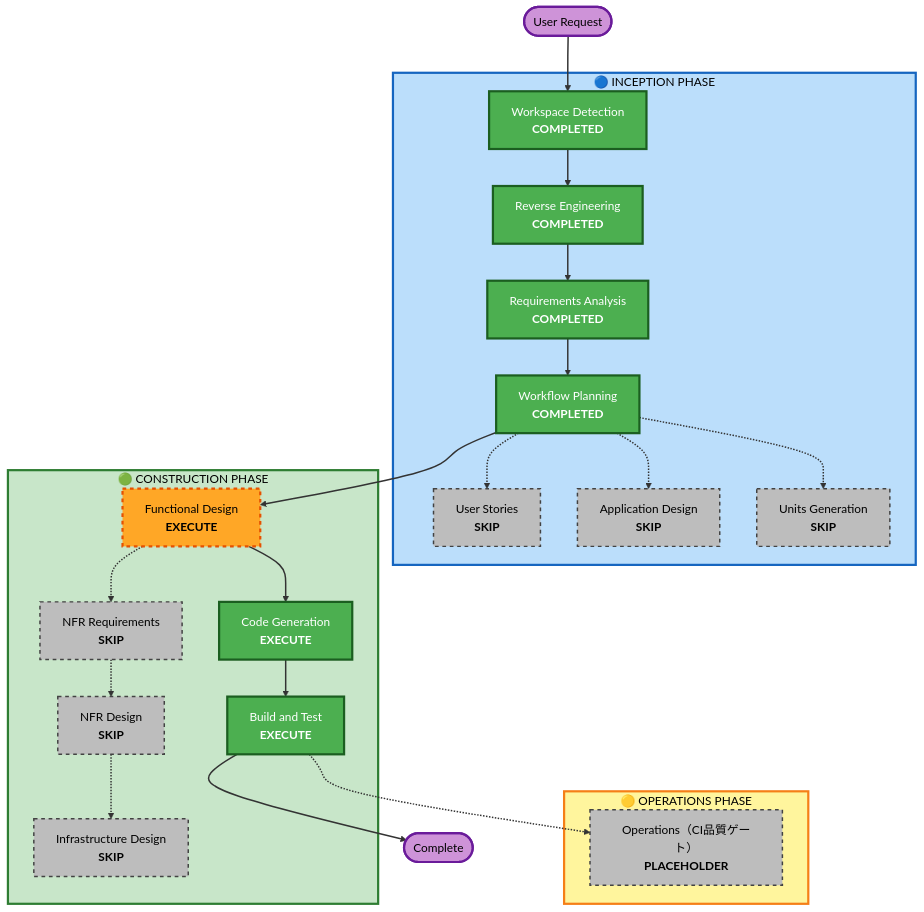
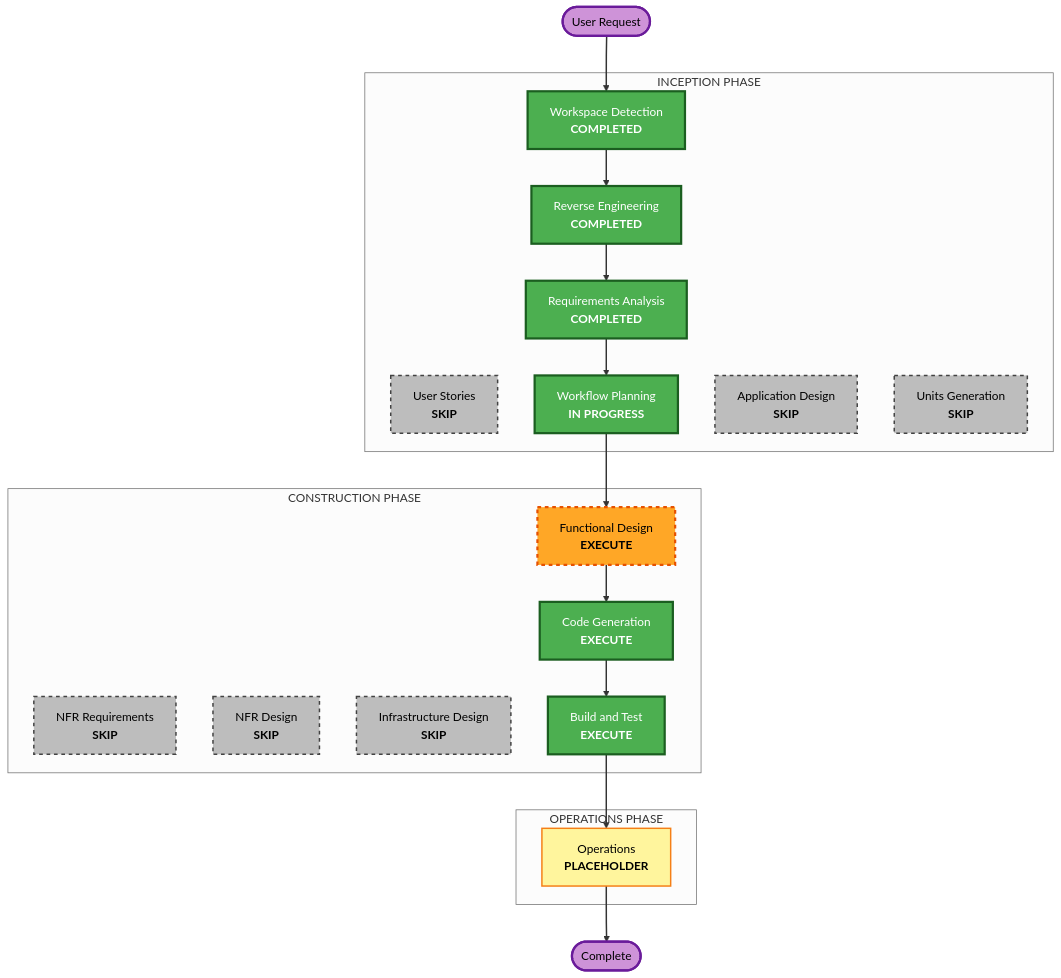
Before and after one commit to CHS-Training-Org/ai_training_for_chuo_system: the diagram in Docs/spec/aidlc-docs/inception/plans/execution-plan.md, drawn with Mermaid (neutral theme). The commit also changed other lines of this file and 22 other files, not shown here.

````diff
--- a/Docs/spec/aidlc-docs/inception/plans/execution-plan.md
+++ b/Docs/spec/aidlc-docs/inception/plans/execution-plan.md
@@ -38,60 +47,56 @@
 ```mermaid
 flowchart TD
     Start(["User Request"])
 
-    subgraph INCEPTION["🔵 INCEPTION PHASE"]
+    subgraph INCEPTION["INCEPTION PHASE"]
         WD["Workspace Detection<br/><b>COMPLETED</b>"]
         RE["Reverse Engineering<br/><b>COMPLETED</b>"]
         RA["Requirements Analysis<br/><b>COMPLETED</b>"]
         US["User Stories<br/><b>SKIP</b>"]
-        WP["Workflow Planning<br/><b>COMPLETED</b>"]
+        WP["Workflow Planning<br/><b>IN PROGRESS</b>"]
         AD["Application Design<br/><b>SKIP</b>"]
         UG["Units Generation<br/><b>SKIP</b>"]
     end
 
-    subgraph CONSTRUCTION["🟢 CONSTRUCTION PHASE"]
+    subgraph CONSTRUCTION["CONSTRUCTION PHASE"]
         FD["Functional Design<br/><b>EXECUTE</b>"]
         NFRA["NFR Requirements<br/><b>SKIP</b>"]
         NFRD["NFR Design<br/><b>SKIP</b>"]
         ID["Infrastructure Design<br/><b>SKIP</b>"]
         CG["Code Generation<br/><b>EXECUTE</b>"]
         BT["Build and Test<br/><b>EXECUTE</b>"]
     end
 
-    subgraph OPERATIONS["🟡 OPERATIONS PHASE"]
-        OPS["Operations（CI品質ゲート）<br/><b>PLACEHOLDER</b>"]
+    subgraph OPERATIONS["OPERATIONS PHASE"]
+        OPS["Operations<br/><b>PLACEHOLDER</b>"]
     end
 
-    Start --> WD --> RE --> RA --> WP
-    WP -.-> US
-    WP -.-> AD
-    WP -.-> UG
+    Start --> WD
+    WD --> RE
+    RE --> RA
+    RA --> WP
     WP --> FD
-    FD -.-> NFRA -.-> NFRD -.-> ID
     FD --> CG
     CG --> BT
-    BT -.-> OPS
-    BT --> End(["Complete"])
+    BT --> OPS
+    OPS --> End(["Complete"])
 
     style WD fill:#4CAF50,stroke:#1B5E20,stroke-width:3px,color:#fff
     style RE fill:#4CAF50,stroke:#1B5E20,stroke-width:3px,color:#fff
     style RA fill:#4CAF50,stroke:#1B5E20,stroke-width:3px,color:#fff
     style WP fill:#4CAF50,stroke:#1B5E20,stroke-width:3px,color:#fff
-    style FD fill:#FFA726,stroke:#E65100,stroke-width:3px,stroke-dasharray: 5 5,color:#000
-    style CG fill:#4CAF50,stroke:#1B5E20,stroke-width:3px,color:#fff
-    style BT fill:#4CAF50,stroke:#1B5E20,stroke-width:3px,color:#fff
     style US fill:#BDBDBD,stroke:#424242,stroke-width:2px,stroke-dasharray: 5 5,color:#000
     style AD fill:#BDBDBD,stroke:#424242,stroke-width:2px,stroke-dasharray: 5 5,color:#000
     style UG fill:#BDBDBD,stroke:#424242,stroke-width:2px,stroke-dasharray: 5 5,color:#000
     style NFRA fill:#BDBDBD,stroke:#424242,stroke-width:2px,stroke-dasharray: 5 5,color:#000
     style NFRD fill:#BDBDBD,stroke:#424242,stroke-width:2px,stroke-dasharray: 5 5,color:#000
     style ID fill:#BDBDBD,stroke:#424242,stroke-width:2px,stroke-dasharray: 5 5,color:#000
-    style OPS fill:#BDBDBD,stroke:#424242,stroke-width:2px,stroke-dasharray: 5 5,color:#000
-    style INCEPTION fill:#BBDEFB,stroke:#1565C0,stroke-width:3px,color:#000
-    style CONSTRUCTION fill:#C8E6C9,stroke:#2E7D32,stroke-width:3px,color:#000
-    style OPERATIONS fill:#FFF59D,stroke:#F57F17,stroke-width:3px,color:#000
+    style FD fill:#FFA726,stroke:#E65100,stroke-width:3px,stroke-dasharray: 5 5,color:#000
+    style CG fill:#4CAF50,stroke:#1B5E20,stroke-width:3px,color:#fff
+    style BT fill:#4CAF50,stroke:#1B5E20,stroke-width:3px,color:#fff
+    style OPS fill:#FFF59D,stroke:#F57F17,stroke-width:2px,color:#000
     style Start fill:#CE93D8,stroke:#6A1B9A,stroke-width:3px,color:#000
     style End fill:#CE93D8,stroke:#6A1B9A,stroke-width:3px,color:#000
 
     linkStyle default stroke:#333,stroke-width:2px
 ```
````
